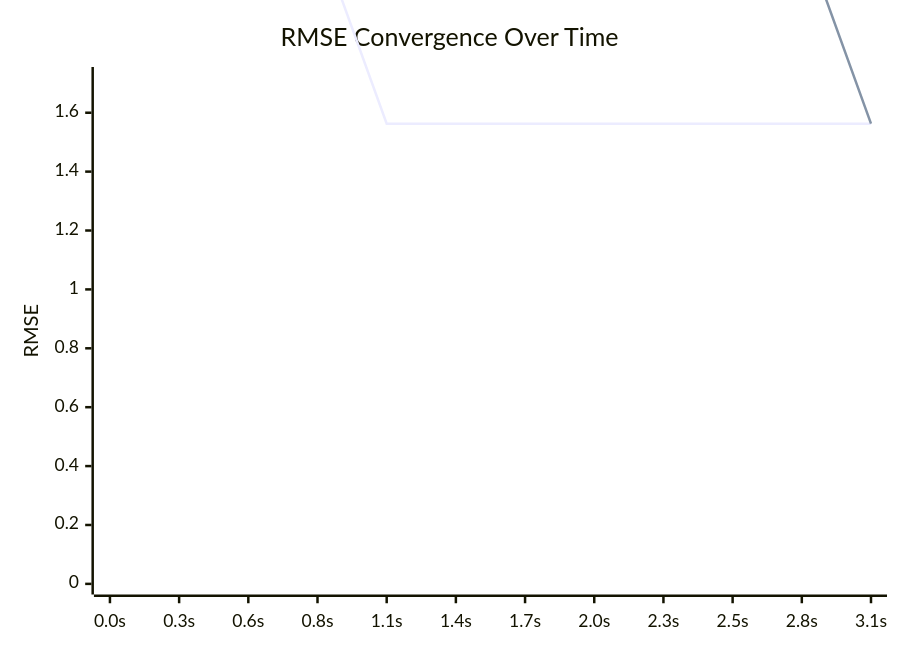
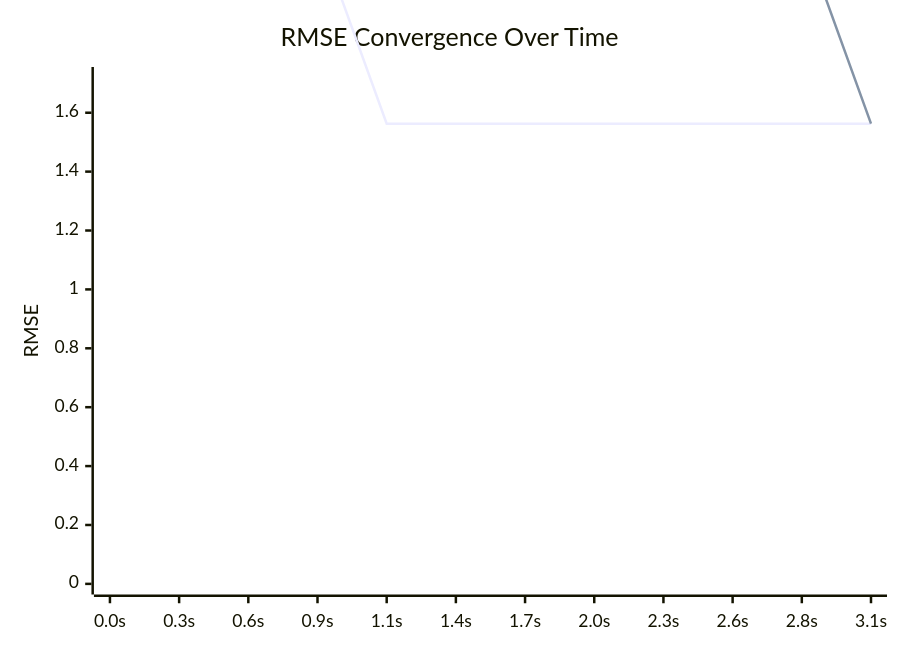
Before and after one commit to timo-eberl/tracy: the second of 2 diagrams in README.md, drawn with Mermaid. The commit also changed other lines of this file and 4 other files, not shown here.

````diff
--- a/README.md
+++ b/README.md
@@ -27,8 +28,8 @@
 ```mermaid
 xychart-beta
     title "RMSE Convergence Over Time"
-    x-axis ["0.0s", "0.3s", "0.6s", "0.8s", "1.1s", "1.4s", "1.7s", "2.0s", "2.3s", "2.5s", "2.8s", "3.1s"]
+    x-axis ["0.0s", "0.3s", "0.6s", "0.9s", "1.1s", "1.4s", "1.7s", "2.0s", "2.3s", "2.6s", "2.8s", "3.1s"]
     y-axis "RMSE" 0 --> 1.7192
     line [2.2128, 2.2128, 2.2128, 2.2128, 1.5629, 1.5629, 1.5629, 1.5629, 1.5629, 1.5629, 1.5629, 1.5629]
     line [2.2128, 2.2128, 2.2128, 2.2128, 2.2128, 2.2128, 2.2128, 2.2128, 2.2128, 2.2128, 2.2128, 1.5629]
 ```
````
